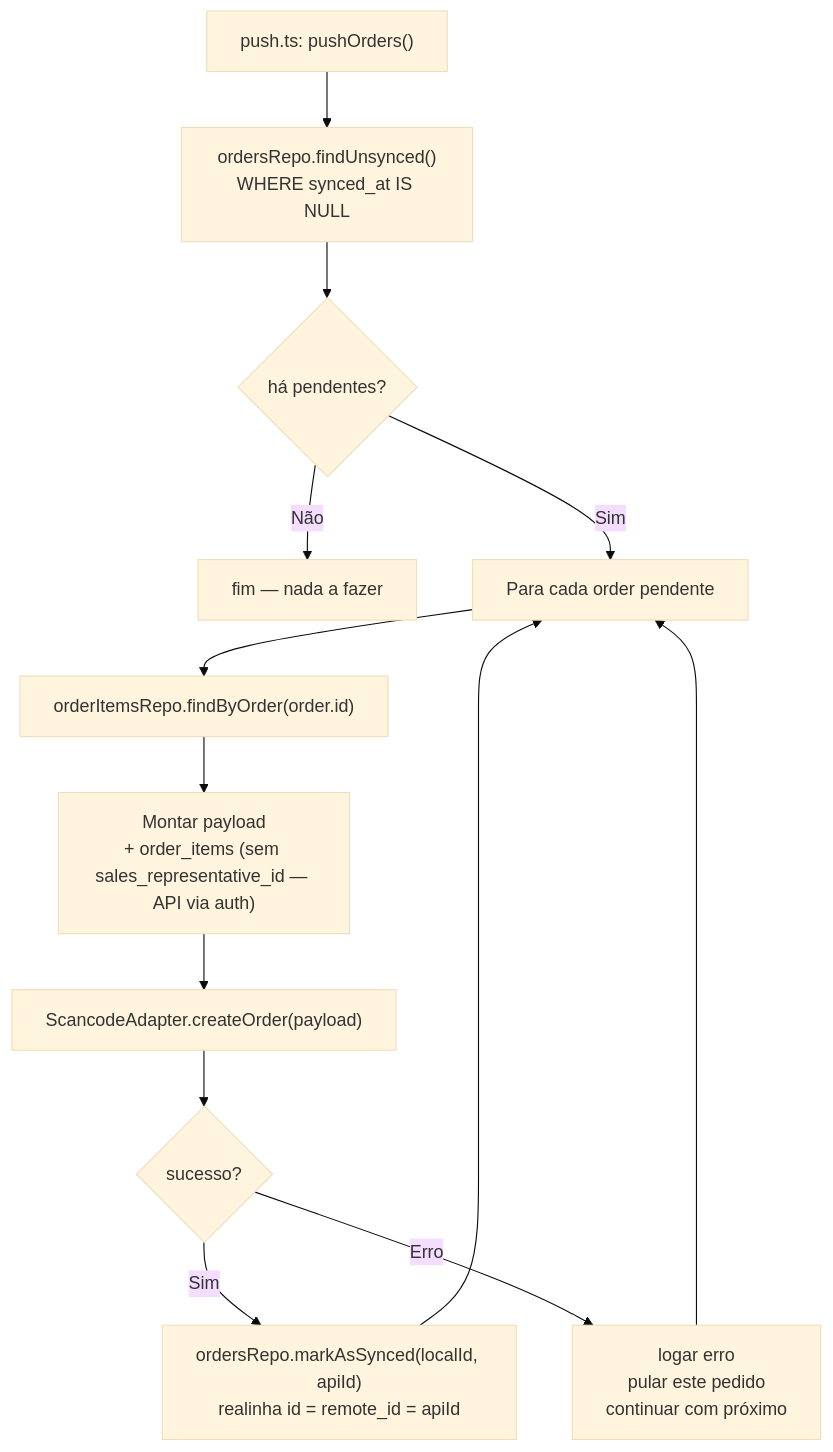
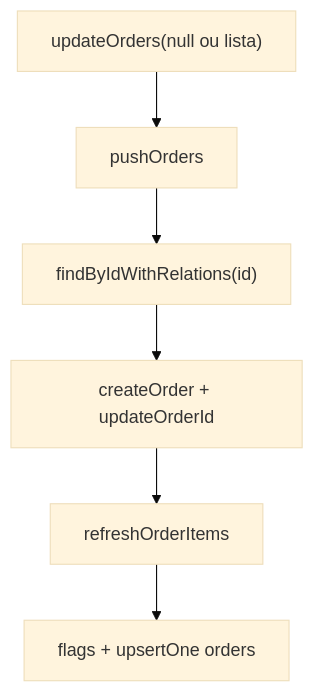
The diagram in specs/04-sync-push.md (LeonardoBAV/scancode-app-sample), drawn with Mermaid (base theme) before and after one commit. The commit also changed other lines of this file and 2 other files, not shown here.

````diff
--- a/specs/04-sync-push.md
+++ b/specs/04-sync-push.md
@@ -59,15 +60,8 @@
 ```mermaid
 flowchart TD
-    A["push.ts: pushOrders()"] --> B["ordersRepo.findUnsynced()\nWHERE synced_at IS NULL"]
-    B --> C{há pendentes?}
-    C -->|Não| Z["fim — nada a fazer"]
-    C -->|Sim| D["Para cada order pendente"]
-    D --> E["orderItemsRepo.findByOrder(order.id)"]
-    E --> F["Montar payload\n+ order_items (sem sales_representative_id — API via auth)"]
-    F --> G["ScancodeAdapter.createOrder(payload)"]
-    G --> H{sucesso?}
-    H -->|Sim| I["ordersRepo.markAsSynced(localId, apiId)\nrealinha id = remote_id = apiId"]
-    I --> D
-    H -->|Erro| J["logar erro\npular este pedido\ncontinuar com próximo"]
-    J --> D
+    A["updateOrders(null ou lista)"] --> B["pushOrders"]
+    B --> C["findByIdWithRelations(id)"]
+    C --> D["createOrder + updateOrderId"]
+    D --> E["refreshOrderItems"]
+    E --> F["flags + upsertOne orders"]
 ```
````
